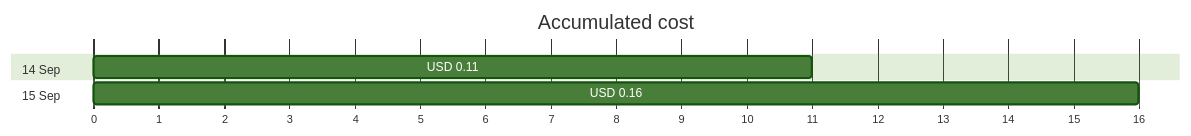
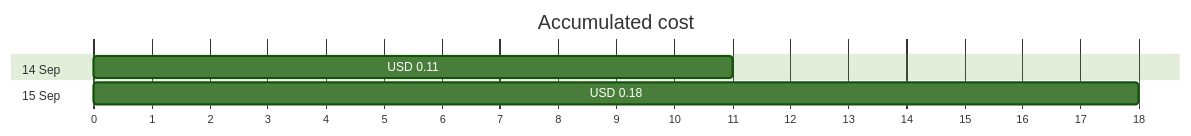
The first of 4 diagrams in cost-reports/personal-network/backup-server-public-ip.md (jpfulton/azure-personal-reports), drawn with Mermaid (forest theme) before and after one commit. The commit also changed other lines of this file and 14 other files, not shown here.

````diff
--- a/cost-reports/personal-network/backup-server-public-ip.md
+++ b/cost-reports/personal-network/backup-server-public-ip.md
@@ -20,10 +20,10 @@
 ```mermaid
 gantt
    title Accumulated cost
    dateFormat  X
    axisFormat %s
    section 14 Sep
    USD 0.11 :0, 11
    section 15 Sep
-   USD 0.16 :0, 16
+   USD 0.18 :0, 18
 ```
````
